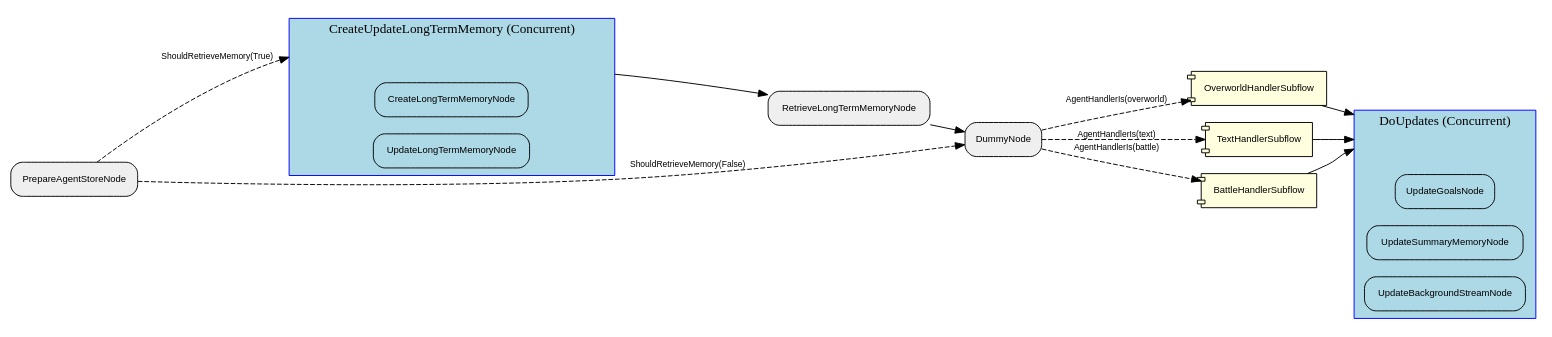
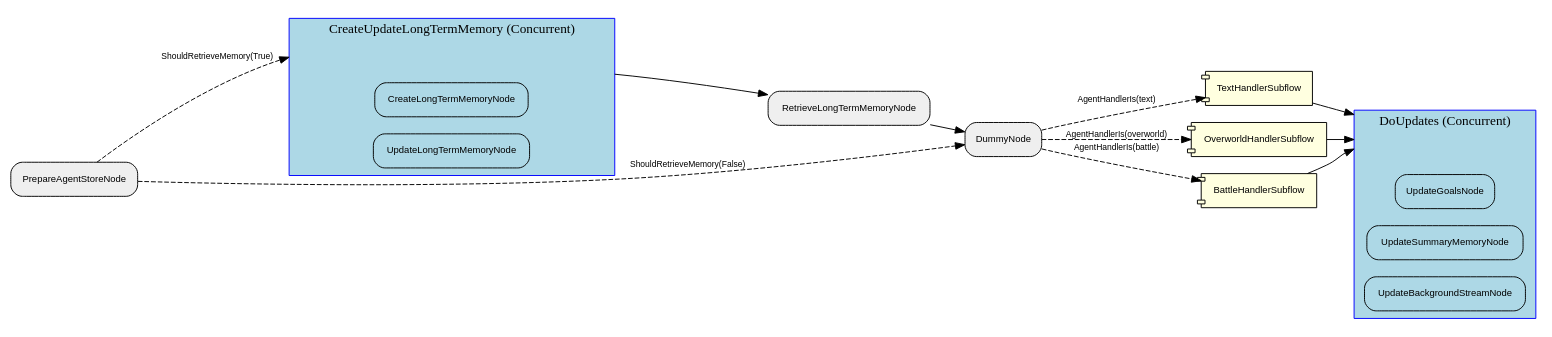
One commit to clambro/ai-plays-pokemon changed the diagram in visualization/agent_graph/Graph.dot. Above: the diagram before and after it, drawn with Graphviz. The commit also changed 15 other files, not shown here.

Commit message:
Update graph

```diff
--- a/visualization/agent_graph/Graph.dot
+++ b/visualization/agent_graph/Graph.dot
@@ -1,46 +1,46 @@
 digraph "G" {
   rankdir=LR;
   compound=true;
   node [shape=box, style="rounded,filled", fillcolor="#EFEFEF", fontname="Helvetica", fontsize=10];
   edge [fontname="Helvetica", fontsize=9];
-  subgraph "cluster_iGlfoJLbZFqPctkp9kiqZ" {
+  subgraph "cluster_zw1fWhIeokA62Bfcc9m9p" {
     label="DoUpdates (Concurrent)";
     style="filled"; fillcolor="lightblue"; color="blue";
     node [fillcolor="lightblue", style="filled,rounded"];
-    "iGlfoJLbZFqPctkp9kiqZ__entry" [label="", shape=point, width=0.01, style=invis];
-    "iGlfoJLbZFqPctkp9kiqZ__exit"  [label="", shape=point, width=0.01, style=invis];
-    t7jrsBEM9YnX54QUTXerh [label="UpdateGoalsNode"];
-    upScnka1MoCtqnHNkhgde [label="UpdateSummaryMemoryNode"];
-    rmCifudgRvGvBz3hMUQak [label="UpdateBackgroundStreamNode"];
+    "zw1fWhIeokA62Bfcc9m9p__entry" [label="", shape=point, width=0.01, style=invis];
+    "zw1fWhIeokA62Bfcc9m9p__exit"  [label="", shape=point, width=0.01, style=invis];
+    "6CDNWFAivrThvqSUMbqBP" [label="UpdateGoalsNode"];
+    ATQa58DAsJCWiM5BDh8IL [label="UpdateSummaryMemoryNode"];
+    CnmbjPKvzgBtWQYxhPMyn [label="UpdateBackgroundStreamNode"];
   }
-  subgraph "cluster_H5iqXvwL2C7CV9Npf6vYn" {
+  subgraph "cluster_VLx9nVfDiTyxUfhvuhIA0" {
     label="CreateUpdateLongTermMemory (Concurrent)";
     style="filled"; fillcolor="lightblue"; color="blue";
     node [fillcolor="lightblue", style="filled,rounded"];
-    "H5iqXvwL2C7CV9Npf6vYn__entry" [label="", shape=point, width=0.01, style=invis];
-    "H5iqXvwL2C7CV9Npf6vYn__exit"  [label="", shape=point, width=0.01, style=invis];
-    "3ndQj9yPy2ql8TdnqXPsP" [label="CreateLongTermMemoryNode"];
-    MzHFaoPbpyYwJq40gdRj7 [label="UpdateLongTermMemoryNode"];
+    "VLx9nVfDiTyxUfhvuhIA0__entry" [label="", shape=point, width=0.01, style=invis];
+    "VLx9nVfDiTyxUfhvuhIA0__exit"  [label="", shape=point, width=0.01, style=invis];
+    VwWEBNzWIlo210gs8Powj [label="CreateLongTermMemoryNode"];
+    I1rbDpJmZWSTXUnbS2tlK [label="UpdateLongTermMemoryNode"];
   }
-  QgU5zskPqHnxjz0nN1Alx [label="RetrieveLongTermMemoryNode"];
-  ZEpxKKX6bRtWfcpgXCSAZ [label="OverworldHandlerSubflow", shape=component, style="filled,rounded", fillcolor="lightyellow"];
-  Ww2KUh6JCG609itxqAcjk [label="TextHandlerSubflow", shape=component, style="filled,rounded", fillcolor="lightyellow"];
-  upScnka1MoCtqnHNkhgde [label="UpdateSummaryMemoryNode"];
-  rmCifudgRvGvBz3hMUQak [label="UpdateBackgroundStreamNode"];
-  MzHFaoPbpyYwJq40gdRj7 [label="UpdateLongTermMemoryNode"];
-  BBnvasJiqRCne8ZoPhjLz [label="DummyNode"];
-  vfnnUVCyxeeJk6U8Mijx3 [label="PrepareAgentStoreNode"];
-  t7jrsBEM9YnX54QUTXerh [label="UpdateGoalsNode"];
-  zDTvm5ngKw0yrk7YU3MwU [label="BattleHandlerSubflow", shape=component, style="filled,rounded", fillcolor="lightyellow"];
-  "3ndQj9yPy2ql8TdnqXPsP" [label="CreateLongTermMemoryNode"];
-  vfnnUVCyxeeJk6U8Mijx3 -> H5iqXvwL2C7CV9Npf6vYn__entry [lhead="cluster_H5iqXvwL2C7CV9Npf6vYn", style="dashed", label="ShouldRetrieveMemory(True)"];
-  H5iqXvwL2C7CV9Npf6vYn__exit -> QgU5zskPqHnxjz0nN1Alx [ltail="cluster_H5iqXvwL2C7CV9Npf6vYn", style="solid"];
-  vfnnUVCyxeeJk6U8Mijx3 -> BBnvasJiqRCne8ZoPhjLz [style="dashed", label="ShouldRetrieveMemory(False)"];
-  QgU5zskPqHnxjz0nN1Alx -> BBnvasJiqRCne8ZoPhjLz [style="solid"];
-  BBnvasJiqRCne8ZoPhjLz -> ZEpxKKX6bRtWfcpgXCSAZ [style="dashed", label="AgentHandlerIs(overworld)"];
-  BBnvasJiqRCne8ZoPhjLz -> zDTvm5ngKw0yrk7YU3MwU [style="dashed", label="AgentHandlerIs(battle)"];
-  BBnvasJiqRCne8ZoPhjLz -> Ww2KUh6JCG609itxqAcjk [style="dashed", label="AgentHandlerIs(text)"];
-  Ww2KUh6JCG609itxqAcjk -> iGlfoJLbZFqPctkp9kiqZ__entry [lhead="cluster_iGlfoJLbZFqPctkp9kiqZ", style="solid"];
-  zDTvm5ngKw0yrk7YU3MwU -> iGlfoJLbZFqPctkp9kiqZ__entry [lhead="cluster_iGlfoJLbZFqPctkp9kiqZ", style="solid"];
-  ZEpxKKX6bRtWfcpgXCSAZ -> iGlfoJLbZFqPctkp9kiqZ__entry [lhead="cluster_iGlfoJLbZFqPctkp9kiqZ", style="solid"];
+  APVw3Xq7o2A7A7fzePfvY [label="TextHandlerSubflow", shape=component, style="filled,rounded", fillcolor="lightyellow"];
+  vbUMg4ZWwmDeNTFHJ9mhe [label="OverworldHandlerSubflow", shape=component, style="filled,rounded", fillcolor="lightyellow"];
+  "6CDNWFAivrThvqSUMbqBP" [label="UpdateGoalsNode"];
+  vfOIC8ZaHded4bUup275T [label="BattleHandlerSubflow", shape=component, style="filled,rounded", fillcolor="lightyellow"];
+  VwWEBNzWIlo210gs8Powj [label="CreateLongTermMemoryNode"];
+  ATQa58DAsJCWiM5BDh8IL [label="UpdateSummaryMemoryNode"];
+  ZPB0YK8WtjrIj3ssW6IZt [label="DummyNode"];
+  DaVvmWt7zeFWz2IjNflOm [label="PrepareAgentStoreNode"];
+  CnmbjPKvzgBtWQYxhPMyn [label="UpdateBackgroundStreamNode"];
+  I1rbDpJmZWSTXUnbS2tlK [label="UpdateLongTermMemoryNode"];
+  pwwycjNVYuhLg1GwVe5R4 [label="RetrieveLongTermMemoryNode"];
+  DaVvmWt7zeFWz2IjNflOm -> VLx9nVfDiTyxUfhvuhIA0__entry [lhead="cluster_VLx9nVfDiTyxUfhvuhIA0", style="dashed", label="ShouldRetrieveMemory(True)"];
+  VLx9nVfDiTyxUfhvuhIA0__exit -> pwwycjNVYuhLg1GwVe5R4 [ltail="cluster_VLx9nVfDiTyxUfhvuhIA0", style="solid"];
+  DaVvmWt7zeFWz2IjNflOm -> ZPB0YK8WtjrIj3ssW6IZt [style="dashed", label="ShouldRetrieveMemory(False)"];
+  pwwycjNVYuhLg1GwVe5R4 -> ZPB0YK8WtjrIj3ssW6IZt [style="solid"];
+  ZPB0YK8WtjrIj3ssW6IZt -> vbUMg4ZWwmDeNTFHJ9mhe [style="dashed", label="AgentHandlerIs(overworld)"];
+  ZPB0YK8WtjrIj3ssW6IZt -> vfOIC8ZaHded4bUup275T [style="dashed", label="AgentHandlerIs(battle)"];
+  ZPB0YK8WtjrIj3ssW6IZt -> APVw3Xq7o2A7A7fzePfvY [style="dashed", label="AgentHandlerIs(text)"];
+  APVw3Xq7o2A7A7fzePfvY -> zw1fWhIeokA62Bfcc9m9p__entry [lhead="cluster_zw1fWhIeokA62Bfcc9m9p", style="solid"];
+  vfOIC8ZaHded4bUup275T -> zw1fWhIeokA62Bfcc9m9p__entry [lhead="cluster_zw1fWhIeokA62Bfcc9m9p", style="solid"];
+  vbUMg4ZWwmDeNTFHJ9mhe -> zw1fWhIeokA62Bfcc9m9p__entry [lhead="cluster_zw1fWhIeokA62Bfcc9m9p", style="solid"];
 }
```
